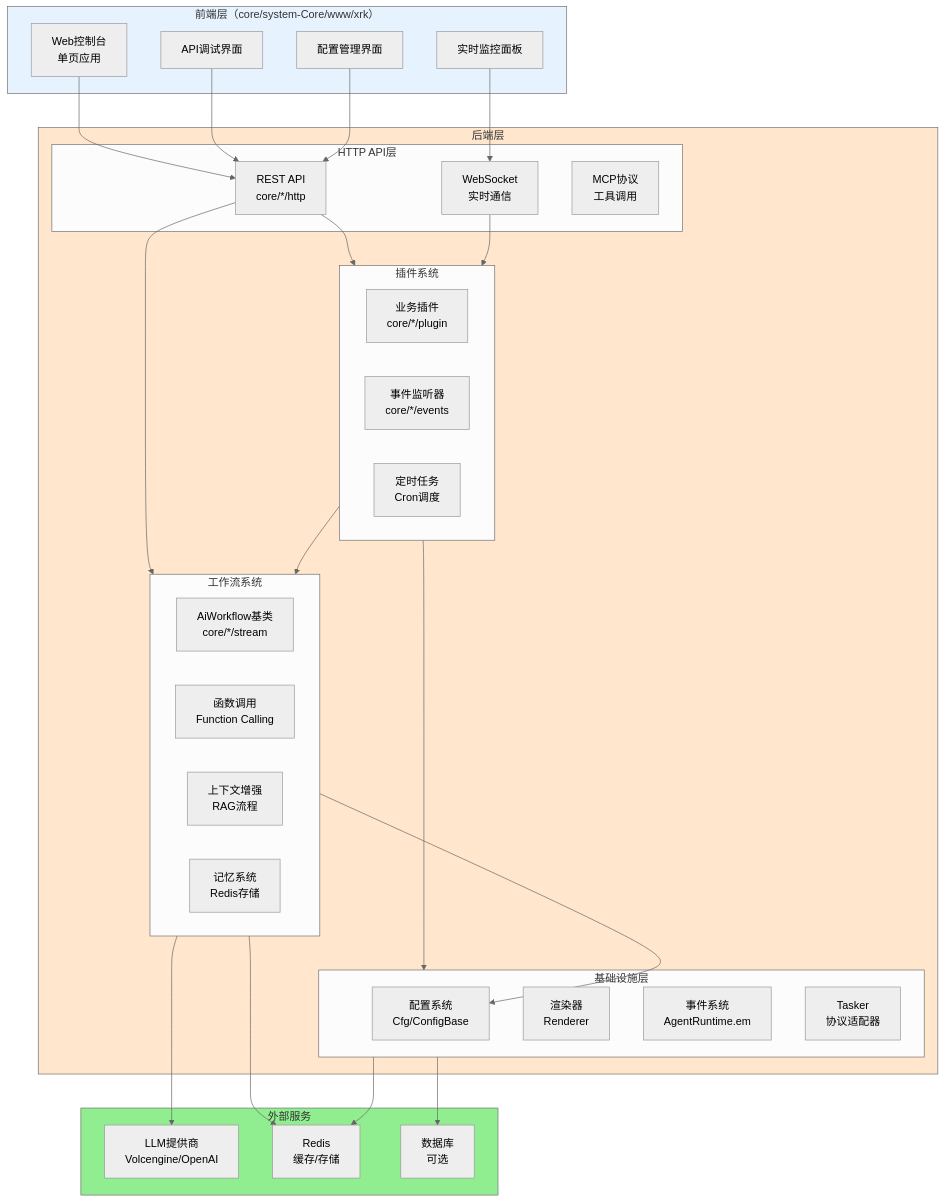
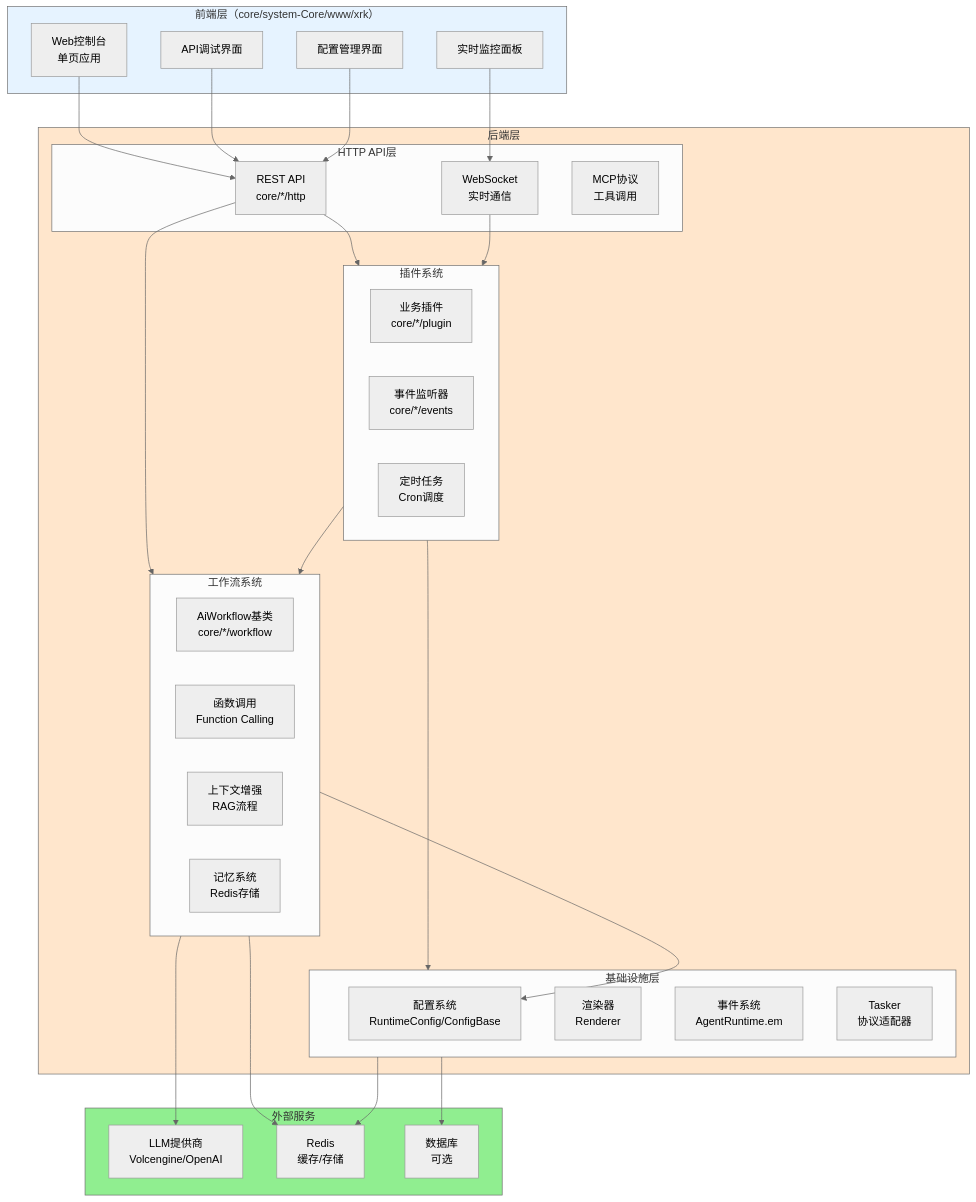
The seventh of 8 diagrams in docs/app-dev.md (sunflowermm/XRK-AGT), drawn with Mermaid (neutral theme) before and after one commit. The commit also changed other lines of this file and 236 other files, not shown here.

Commit message:
1）refactor: aistream/stream 硬切为 ai-workflow/workflow，统一 Runtime 与 Core 命名契约 2）refactor: 将 crawl 与通用工具下沉 src，使 system-Core 成为可复制的薄参考 Core 3）refactor: 修正部分底层谬误 [✏️ 151 修改, 🗑️ 5 删除] +1502 -1599 行

````diff
--- a/docs/app-dev.md
+++ b/docs/app-dev.md
@@ -413,66 +413,66 @@
 ```mermaid
 flowchart TB
     subgraph Frontend["前端层（core/system-Core/www/xrk）"]
         FE1[Web控制台<br/>单页应用]
         FE2[API调试界面]
         FE3[配置管理界面]
         FE4[实时监控面板]
     end
     
     subgraph Backend["后端层"]
         subgraph API["HTTP API层"]
             API1[REST API<br/>core/*/http]
             API2[WebSocket<br/>实时通信]
             API3[MCP协议<br/>工具调用]
         end
         
         subgraph Plugin["插件系统"]
             P1[业务插件<br/>core/*/plugin]
             P2[事件监听器<br/>core/*/events]
             P3[定时任务<br/>Cron调度]
         end
         
         subgraph Workflow["工作流系统"]
-            W1[AiWorkflow基类<br/>core/*/stream]
+            W1[AiWorkflow基类<br/>core/*/workflow]
             W2[函数调用<br/>Function Calling]
             W3[上下文增强<br/>RAG流程]
             W4[记忆系统<br/>Redis存储]
         end
         
         subgraph Infrastructure["基础设施层"]
-            I1[配置系统<br/>Cfg/ConfigBase]
+            I1[配置系统<br/>RuntimeConfig/ConfigBase]
             I2[渲染器<br/>Renderer]
             I3[事件系统<br/>AgentRuntime.em]
             I4[Tasker<br/>协议适配器]
         end
     end
     
     subgraph External["外部服务"]
         E1[LLM提供商<br/>Volcengine/OpenAI]
         E2[Redis<br/>缓存/存储]
         E3[数据库<br/>可选]
     end
     
     FE1 --> API1
     FE2 --> API1
     FE3 --> API1
     FE4 --> API2
     
     API1 --> Plugin
     API1 --> Workflow
     API2 --> Plugin
     
     Plugin --> Workflow
     Plugin --> Infrastructure
     
     Workflow --> I1
     Workflow --> E1
     Workflow --> E2
     
     Infrastructure --> E2
     Infrastructure --> E3
     
     style Frontend fill:#E6F3FF
     style Backend fill:#FFE6CC
     style External fill:#90EE90
 ```
````
